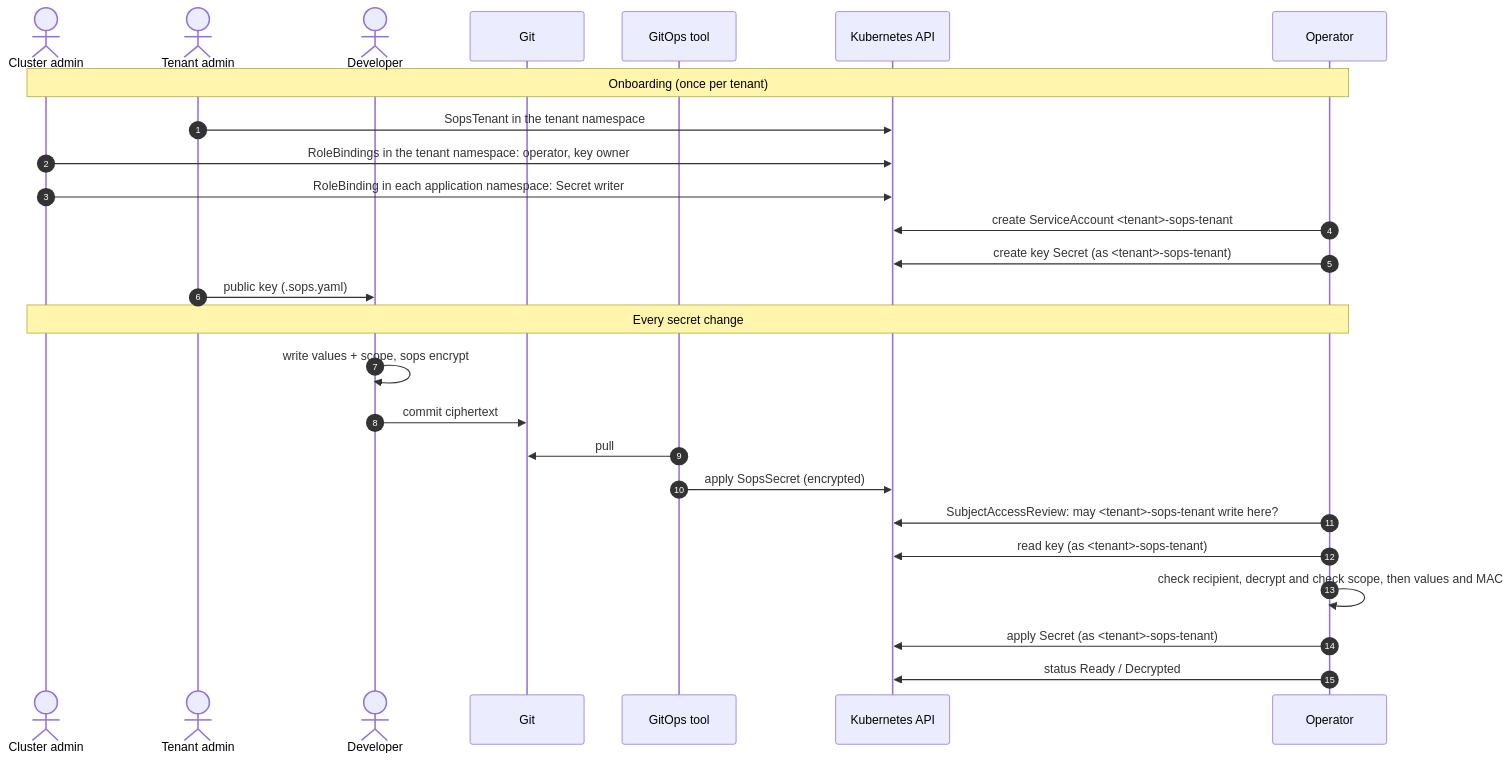
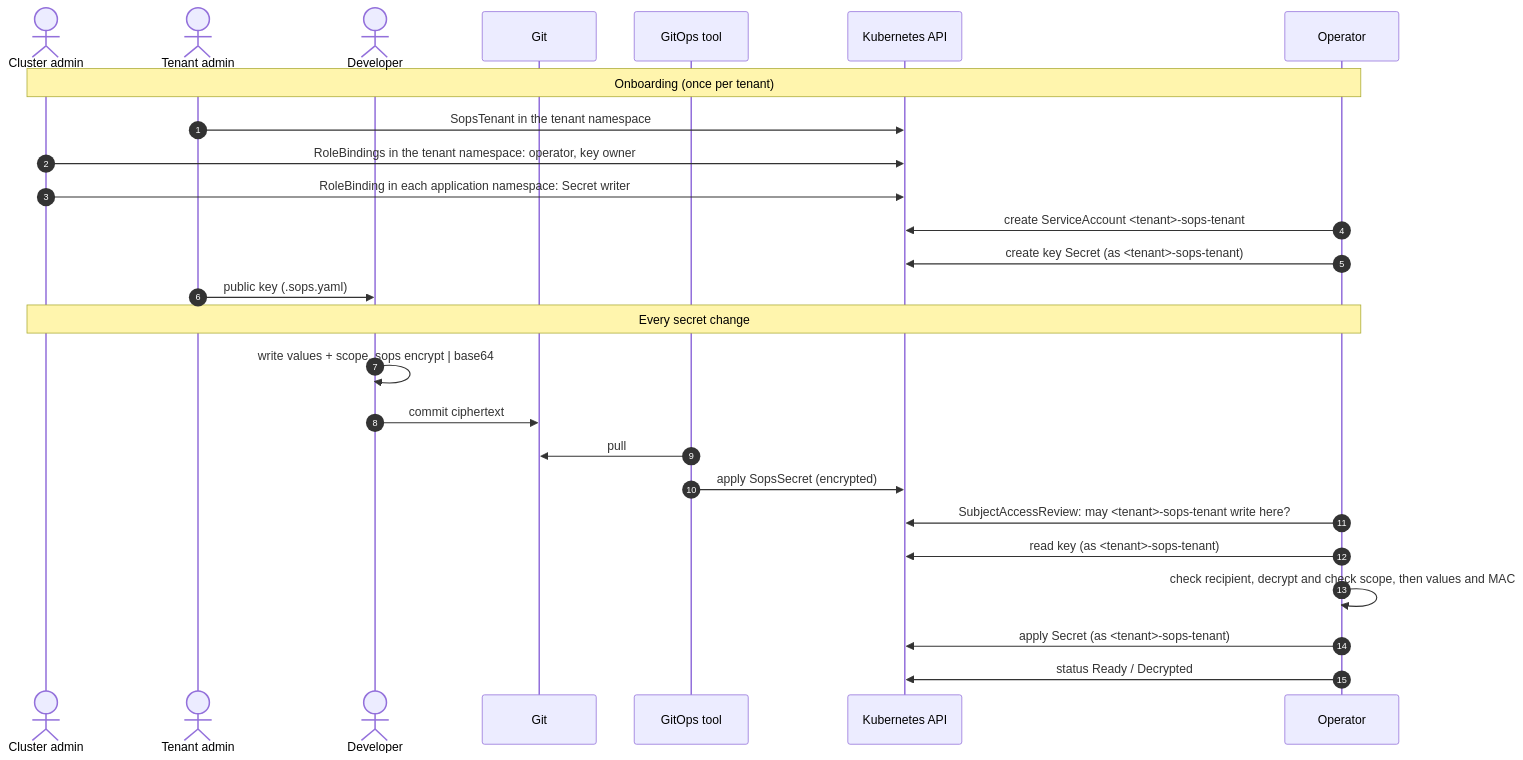
One commit to stakater/sops-operator changed the second of 3 diagrams in DESIGN.md. Above: the diagram before and after it, drawn with Mermaid. The commit also changed other lines of this file and 35 other files, not shown here.

````diff
--- a/DESIGN.md
+++ b/DESIGN.md
@@ -183,30 +184,30 @@
 ```mermaid
 sequenceDiagram
     autonumber
     actor CA as Cluster admin
     actor TA as Tenant admin
     actor DEV as Developer
     participant GIT as Git
     participant GO as GitOps tool
     participant API as Kubernetes API
     participant OP as Operator
 
     Note over CA,OP: Onboarding (once per tenant)
     TA->>API: SopsTenant in the tenant namespace
     CA->>API: RoleBindings in the tenant namespace: operator, key owner
     CA->>API: RoleBinding in each application namespace: Secret writer
     OP->>API: create ServiceAccount #lt;tenant#gt;-sops-tenant
     OP->>API: create key Secret (as #lt;tenant#gt;-sops-tenant)
     TA->>DEV: public key (.sops.yaml)
 
     Note over CA,OP: Every secret change
-    DEV->>DEV: write values + scope, sops encrypt
+    DEV->>DEV: write values + scope, sops encrypt | base64
     DEV->>GIT: commit ciphertext
     GO->>GIT: pull
     GO->>API: apply SopsSecret (encrypted)
     OP->>API: SubjectAccessReview: may #lt;tenant#gt;-sops-tenant write here?
     OP->>API: read key (as #lt;tenant#gt;-sops-tenant)
     OP->>OP: check recipient, decrypt and check scope, then values and MAC
     OP->>API: apply Secret (as #lt;tenant#gt;-sops-tenant)
     OP->>API: status Ready / Decrypted
 ```
````
